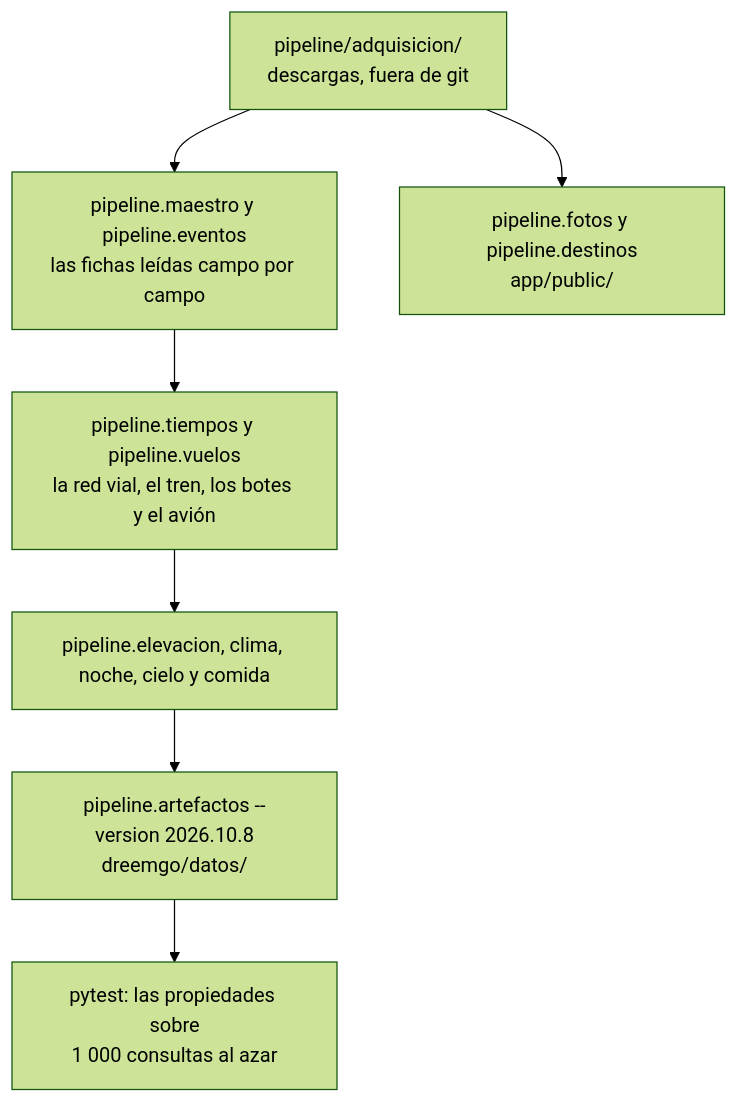
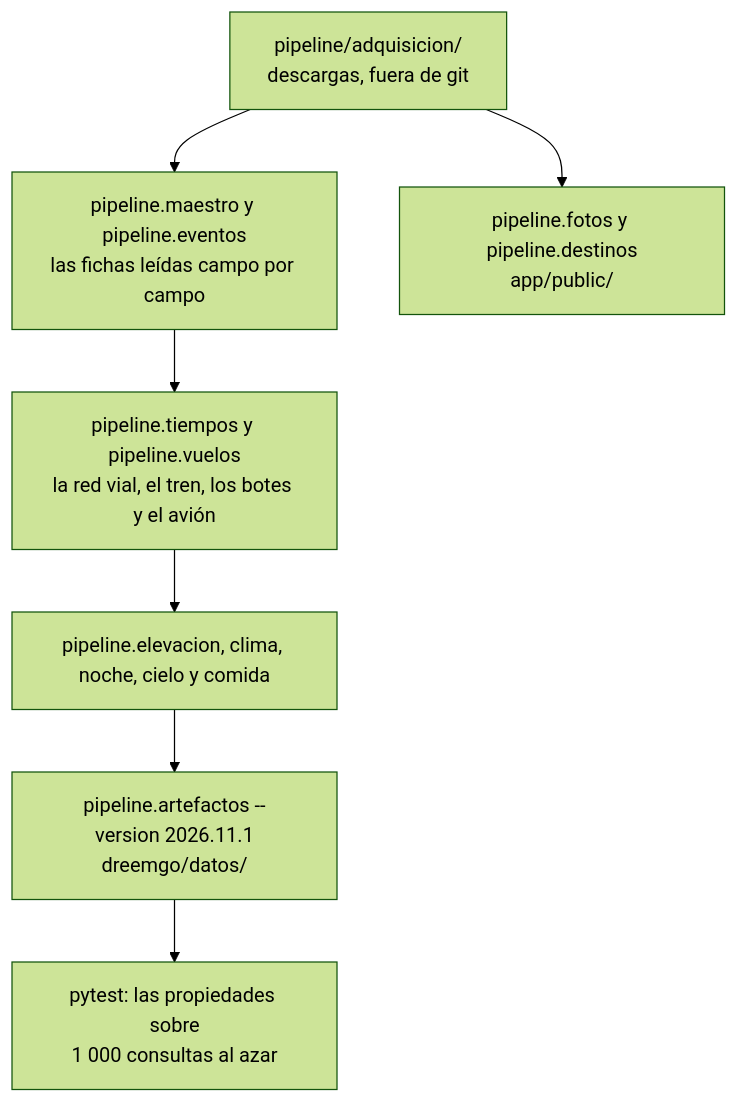
Before and after one commit to oswaldoaqm/Alejandros-Team: the third of 4 diagrams in docs/ARQUITECTURA.md, drawn with Mermaid (forest theme). The commit also changed other lines of this file and 29 other files, not shown here.

Commit message:
feat(datos): la version 2026.11.1, con el trafico y la ida en bus

````diff
--- a/docs/ARQUITECTURA.md
+++ b/docs/ARQUITECTURA.md
@@ -96,9 +98,9 @@
 ```mermaid
 flowchart TD
     a["pipeline/adquisicion/<br/>descargas, fuera de git"] --> b["pipeline.maestro y pipeline.eventos<br/>las fichas leídas campo por campo"]
     b --> c["pipeline.tiempos y pipeline.vuelos<br/>la red vial, el tren, los botes y el avión"]
     c --> d["pipeline.elevacion, clima, noche, cielo y comida"]
-    d --> e["pipeline.artefactos --version 2026.10.8<br/>dreemgo/datos/"]
+    d --> e["pipeline.artefactos --version 2026.11.1<br/>dreemgo/datos/"]
     e --> f["pytest: las propiedades sobre<br/>1 000 consultas al azar"]
     a --> g["pipeline.fotos y pipeline.destinos<br/>app/public/"]
 ```
````
